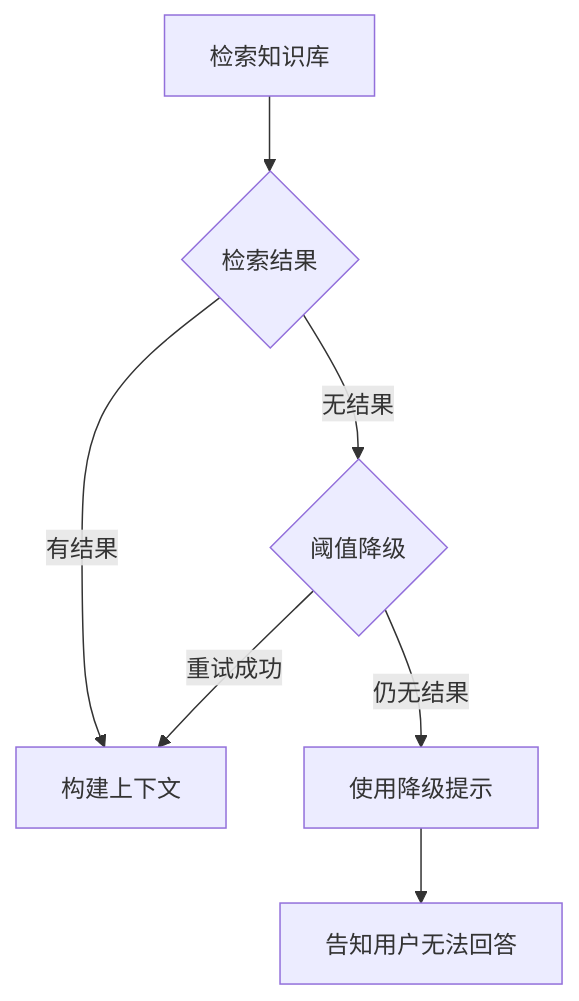
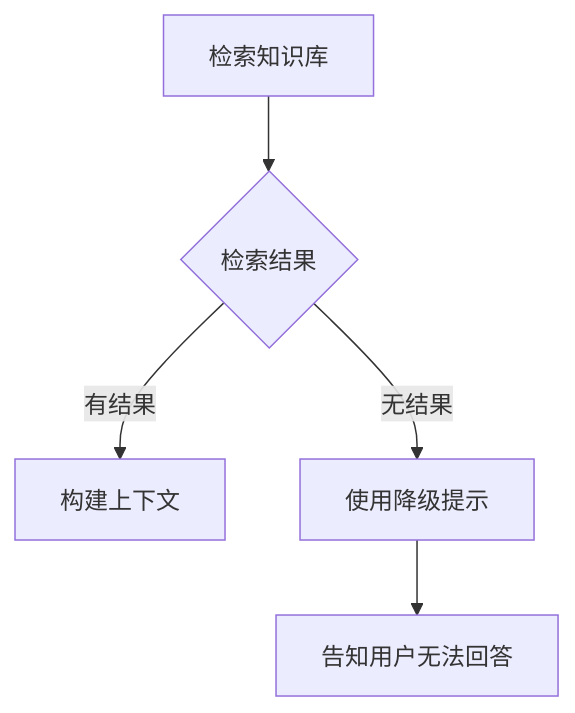
The tenth of 11 diagrams in docs/业务流程说明.md (caolufeng994/ai-customer-service), drawn with Mermaid before and after one commit. The commit also changed other lines of this file and 1 other file, not shown here.

````diff
--- a/docs/业务流程说明.md
+++ b/docs/业务流程说明.md
@@ -343,9 +344,7 @@
 ```mermaid
 flowchart TD
     A[检索知识库] --> B{检索结果}
     B -->|有结果| C[构建上下文]
-    B -->|无结果| D{阈值降级}
-    D -->|重试成功| C
-    D -->|仍无结果| E[使用降级提示]
+    B -->|无结果| E[使用降级提示]
     E --> F[告知用户无法回答]
 ```
````
